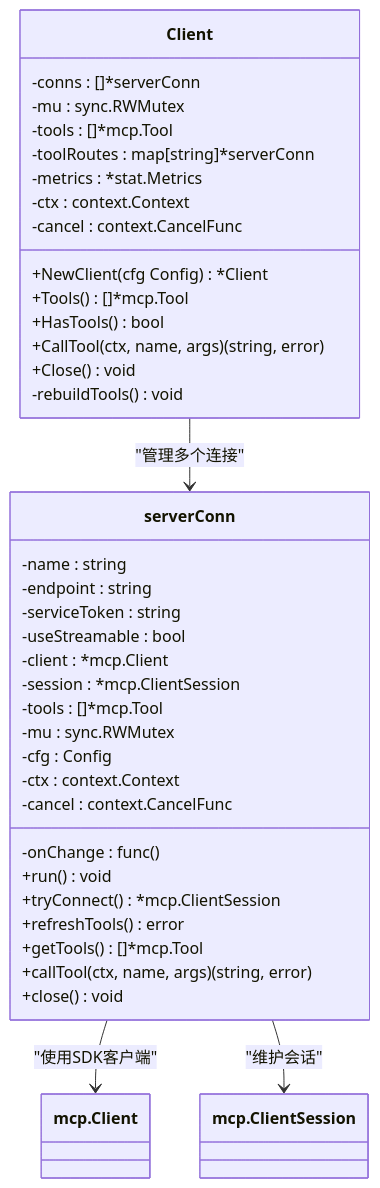
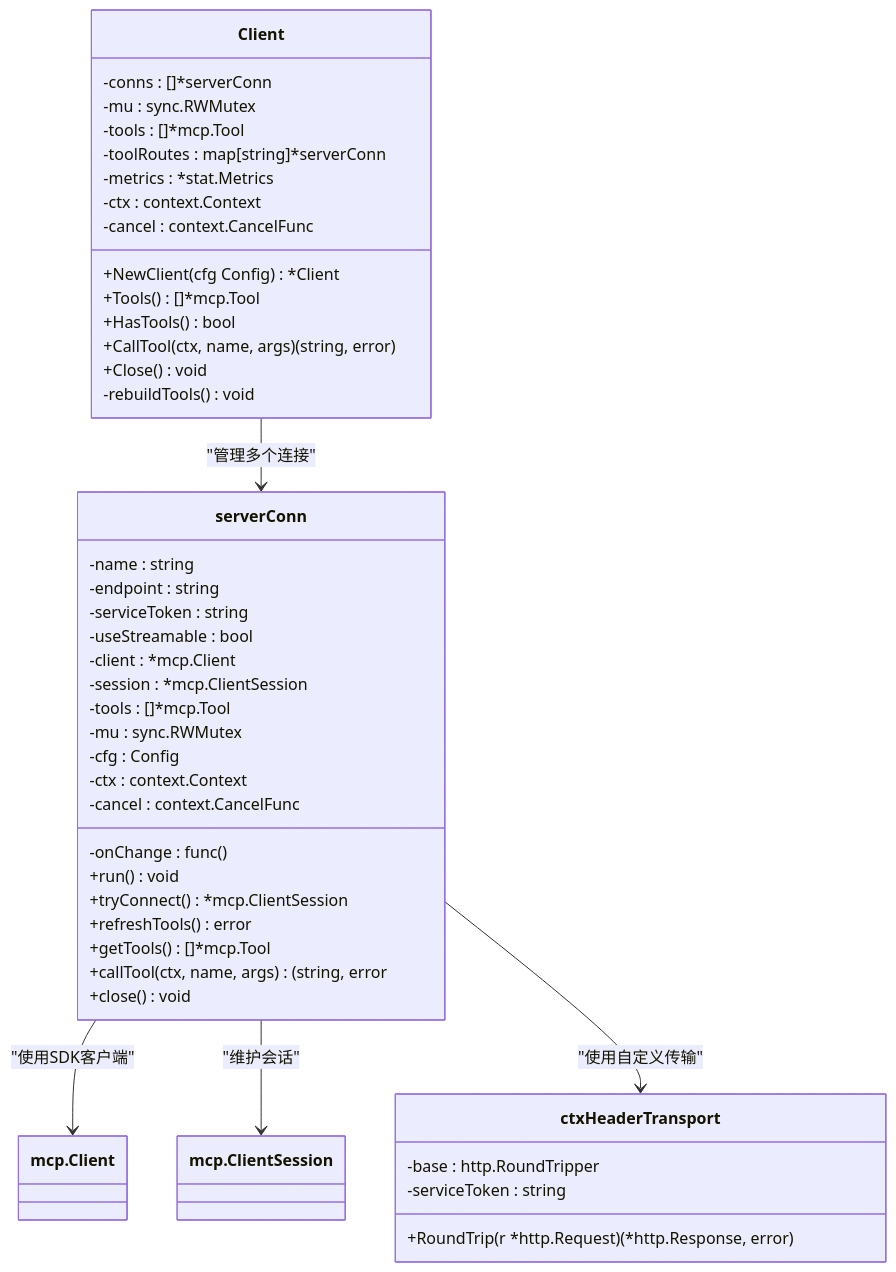
One commit to maomao94/zero-service changed the third of 19 diagrams in .qoder/repowiki/zh/content/核心服务详解/Mcpx客户端包.md. Above: the diagram before and after it, drawn with Mermaid. The commit also changed other lines of this file and 11 other files, not shown here.

````diff
--- a/.qoder/repowiki/zh/content/核心服务详解/Mcpx客户端包.md
+++ b/.qoder/repowiki/zh/content/核心服务详解/Mcpx客户端包.md
@@ -204,41 +225,47 @@
 ```mermaid
 classDiagram
 class Client {
 -conns : []*serverConn
 -mu : sync.RWMutex
 -tools : []*mcp.Tool
 -toolRoutes : map[string]*serverConn
 -metrics : *stat.Metrics
 -ctx : context.Context
 -cancel : context.CancelFunc
 +NewClient(cfg Config) *Client
 +Tools() []*mcp.Tool
 +HasTools() bool
 +CallTool(ctx, name, args) (string, error)
 +Close() void
 -rebuildTools() void
 }
 class serverConn {
 -name : string
 -endpoint : string
 -serviceToken : string
 -useStreamable : bool
 -client : *mcp.Client
 -session : *mcp.ClientSession
 -tools : []*mcp.Tool
 -mu : sync.RWMutex
 -cfg : Config
 -onChange : func()
 -ctx : context.Context
 -cancel : context.CancelFunc
 +run() void
 +tryConnect() *mcp.ClientSession
 +refreshTools() error
 +getTools() []*mcp.Tool
-+callTool(ctx, name, args) (string, error)
++callTool(ctx, name, args) (string, error
 +close() void
+}
+class ctxHeaderTransport {
+-base : http.RoundTripper
+-serviceToken : string
++RoundTrip(r *http.Request) (*http.Response, error)
 }
 Client --> serverConn : "管理多个连接"
 serverConn --> mcp.Client : "使用SDK客户端"
 serverConn --> mcp.ClientSession : "维护会话"
+serverConn --> ctxHeaderTransport : "使用自定义传输"
 ```
````
